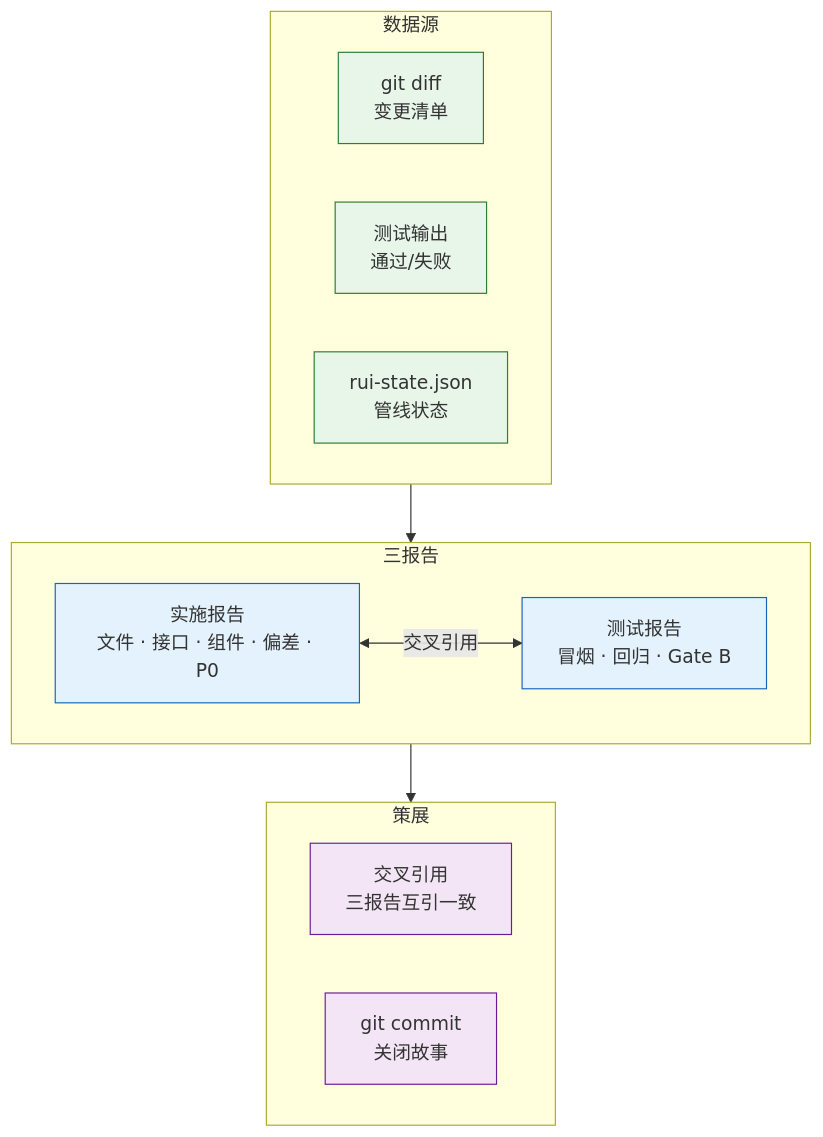
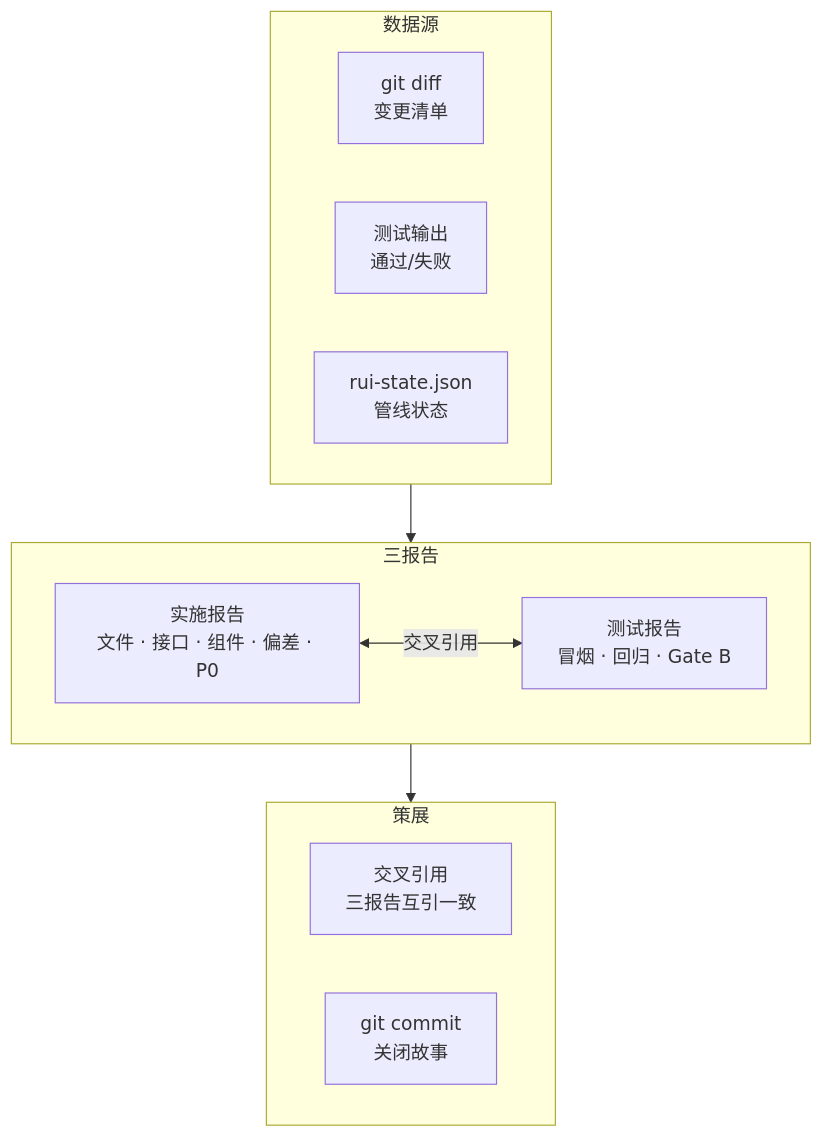
One commit to effiy/YrY changed the first of 5 diagrams in agents/reporter.md. Above: the diagram before and after it, drawn with Mermaid. The commit also changed other lines of this file and 9 other files, not shown here.

````diff
--- a/agents/reporter.md
+++ b/agents/reporter.md
@@ -15,26 +15,23 @@
 ```mermaid
 flowchart TB
     subgraph 输入["数据源"]
         DIFF["git diff<br/>变更清单"]:::src
         LOG["测试输出<br/>通过/失败"]:::src
         STATE["rui-state.json<br/>管线状态"]:::src
     end
 
     subgraph 产出["三报告"]
         B["实施报告<br/>文件 · 接口 · 组件 · 偏差 · P0"]:::rpt
         T["测试报告<br/>冒烟 · 回归 · Gate B"]:::rpt
     end
 
     subgraph 策展["策展"]
         CC["交叉引用<br/>三报告互引一致"]:::curate
         CM["git commit<br/>关闭故事"]:::curate
     end
 
     输入 --> 产出
     B <-->|交叉引用| T
     产出 --> 策展
 
-    classDef src fill:#e8f5e9,stroke:#2e7d32;
-    classDef rpt fill:#e3f2fd,stroke:#1565c0;
-    classDef curate fill:#f3e5f5,stroke:#6a1b9a;
 ```
````
